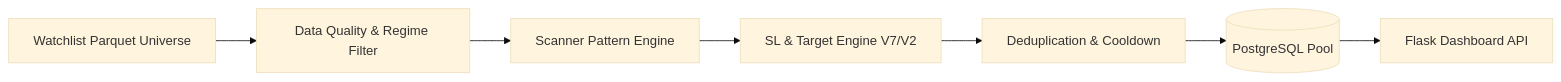
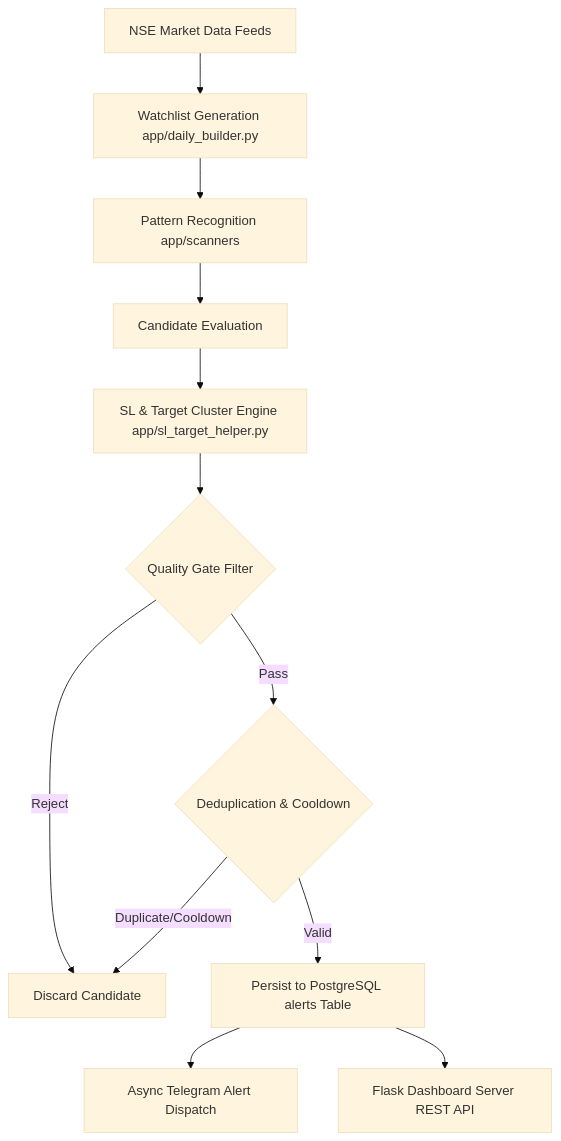
One commit to 11abhinav/ELITE_BREAKOUT_SYSTEM changed the second of 2 diagrams in docs/SYSTEM_ARCHITECTURE.md. Above: the diagram before and after it, drawn with Mermaid (base theme). The commit also changed other lines of this file and 3 other files, not shown here.

Commit message:
docs(master): Add Component Catalog, Dependency Tree, State Flow Diagram, Config/API/DB Appendices, Glossary, and Scope Definition

````diff
--- a/docs/SYSTEM_ARCHITECTURE.md
+++ b/docs/SYSTEM_ARCHITECTURE.md
@@ -109,9 +88,14 @@
 ```mermaid
-graph LR
-    Sub[Watchlist Parquet Universe] --> Quality[Data Quality & Regime Filter]
-    Quality --> Pattern[Scanner Pattern Engine]
-    Pattern --> SL[SL & Target Engine V7/V2]
-    SL --> Dedupe[Deduplication & Cooldown]
-    Dedupe --> DB[(PostgreSQL Pool)]
-    DB --> Web[Flask Dashboard API]
+flowchart TD
+    A[NSE Market Data Feeds] --> B[Watchlist Generation app/daily_builder.py]
+    B --> C[Pattern Recognition app/scanners]
+    C --> D[Candidate Evaluation]
+    D --> E[SL & Target Cluster Engine app/sl_target_helper.py]
+    E --> F{Quality Gate Filter}
+    F -->|Reject| G[Discard Candidate]
+    F -->|Pass| H{Deduplication & Cooldown}
+    H -->|Duplicate/Cooldown| G
+    H -->|Valid| I[Persist to PostgreSQL alerts Table]
+    I --> J[Async Telegram Alert Dispatch]
+    I --> K[Flask Dashboard Server REST API]
 ```
````
